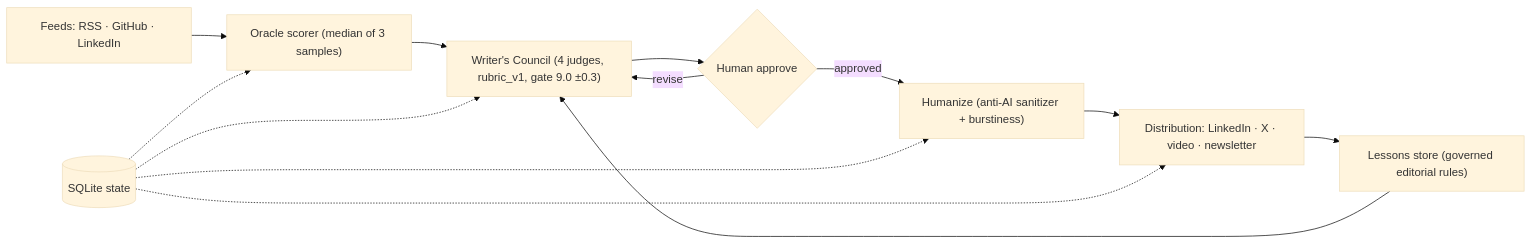
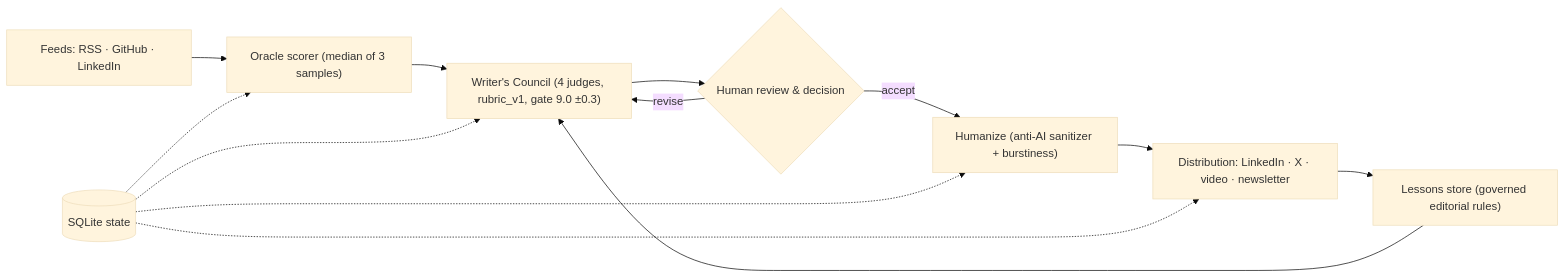
Before and after one commit to prasadrane/Content-Machine: the diagram in README.md, drawn with Mermaid (base theme). The commit also changed other lines of this file and 6 other files, not shown here.

````diff
--- a/README.md
+++ b/README.md
@@ -44,15 +52,15 @@
 ```mermaid
 flowchart LR
     FEEDS["Feeds: RSS · GitHub · LinkedIn"] --> ORACLE["Oracle scorer (median of 3 samples)"]
     ORACLE --> COUNCIL["Writer's Council (4 judges, rubric_v1, gate 9.0 ±0.3)"]
-    COUNCIL --> APPROVE{"Human approve"}
+    COUNCIL --> APPROVE{"Human review & decision"}
     APPROVE --> |revise| COUNCIL
-    APPROVE --> |approved| HUMANIZE["Humanize (anti-AI sanitizer + burstiness)"]
+    APPROVE --> |accept| HUMANIZE["Humanize (anti-AI sanitizer + burstiness)"]
     HUMANIZE --> DIST["Distribution: LinkedIn · X · video · newsletter"]
     DIST --> LESSONS["Lessons store (governed editorial rules)"]
     LESSONS --> COUNCIL
     DB[("SQLite state")] -.-> ORACLE
     DB -.-> COUNCIL
     DB -.-> HUMANIZE
     DB -.-> DIST
 ```
````
